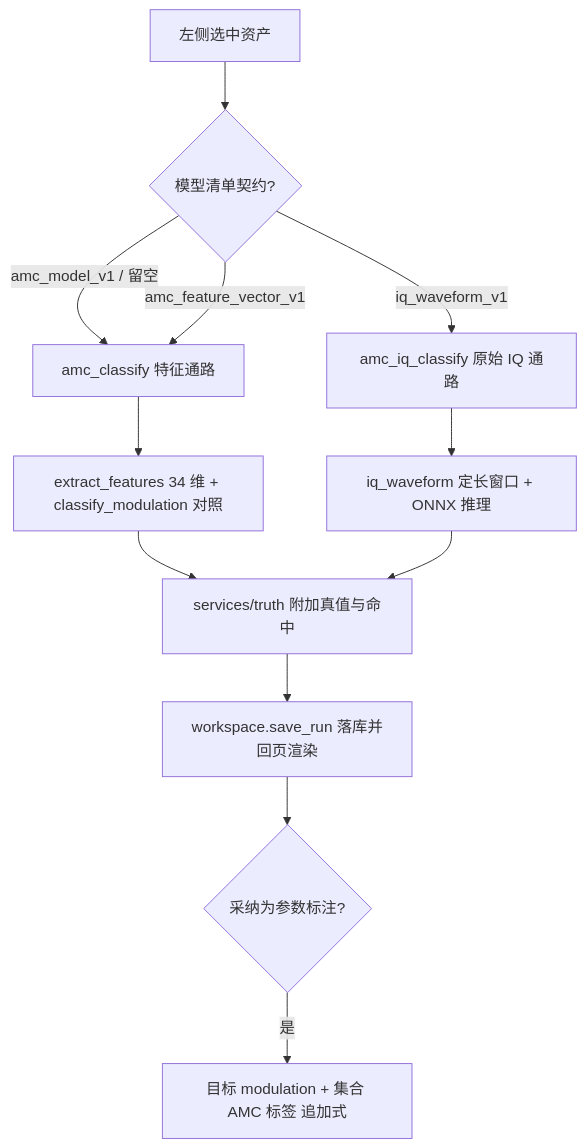
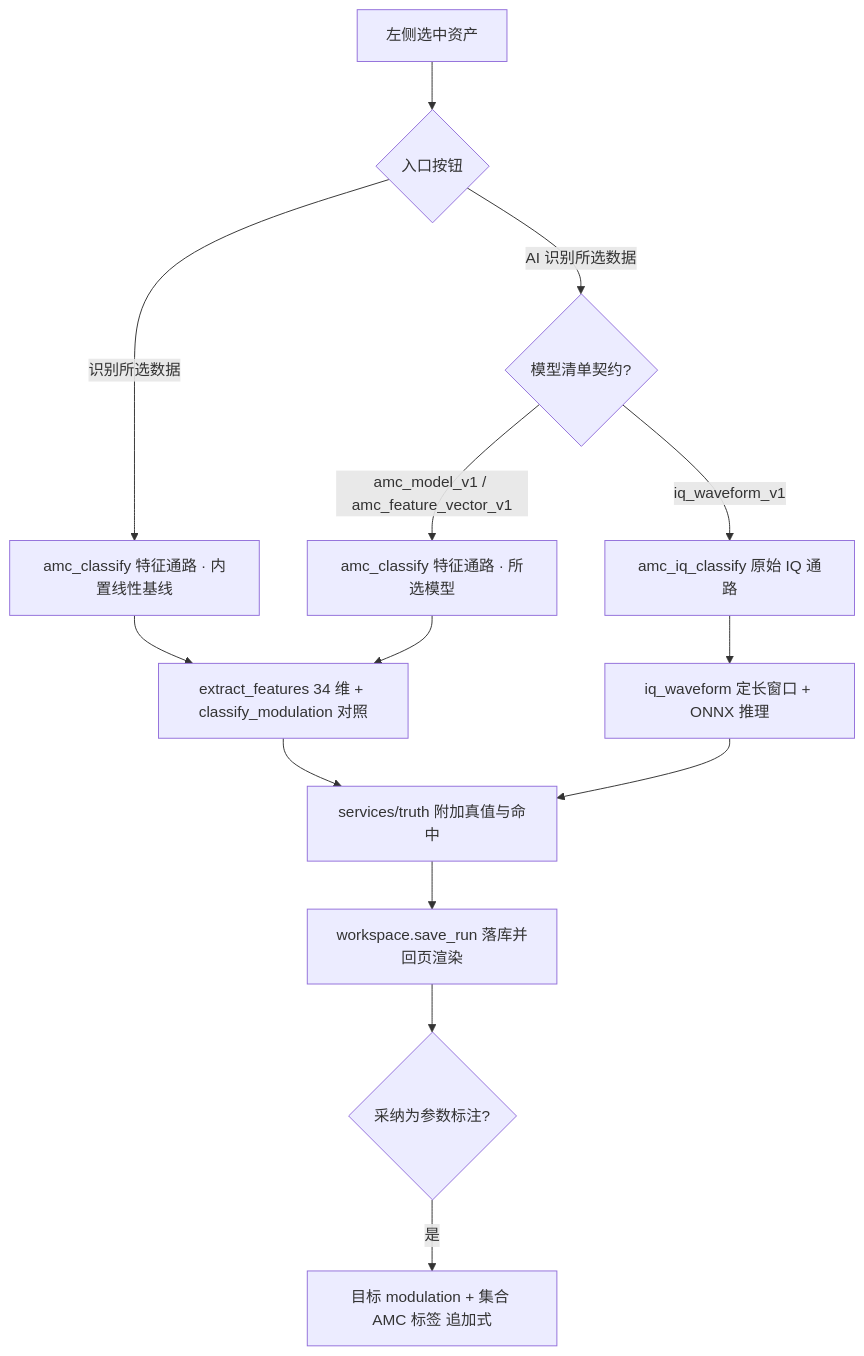
Before and after one commit to darkking1112/SimuSingal: the diagram in docs/电磁信号分析和识别/05调制识别.md, drawn with Mermaid. The commit also changed other lines of this file and 4 other files, not shown here.

Commit message:
feat(amc): separate traditional and AI recognition entries with distinct model handling

````diff
--- a/docs/电磁信号分析和识别/05调制识别.md
+++ b/docs/电磁信号分析和识别/05调制识别.md
@@ -174,14 +175,16 @@
 ```mermaid
 flowchart TD
-    A[左侧选中资产] --> B{模型清单契约?}
-    B -- "amc_model_v1 / 留空" --> C[amc_classify 特征通路]
-    B -- "amc_feature_vector_v1" --> C
+    A[左侧选中资产] --> T{入口按钮}
+    T -- "识别所选数据" --> C0[amc_classify 特征通路 · 内置线性基线]
+    T -- "AI 识别所选数据" --> B{模型清单契约?}
+    B -- "amc_model_v1 / amc_feature_vector_v1" --> C[amc_classify 特征通路 · 所选模型]
     B -- "iq_waveform_v1" --> D[amc_iq_classify 原始 IQ 通路]
-    C --> E[extract_features 34 维 + classify_modulation 对照]
+    C0 --> E[extract_features 34 维 + classify_modulation 对照]
+    C --> E
     D --> F[iq_waveform 定长窗口 + ONNX 推理]
     E --> G[services/truth 附加真值与命中]
     F --> G
     G --> H[workspace.save_run 落库并回页渲染]
     H --> I{采纳为参数标注?}
     I -- 是 --> J[目标 modulation + 集合 AMC 标签 追加式]
 ```
````
